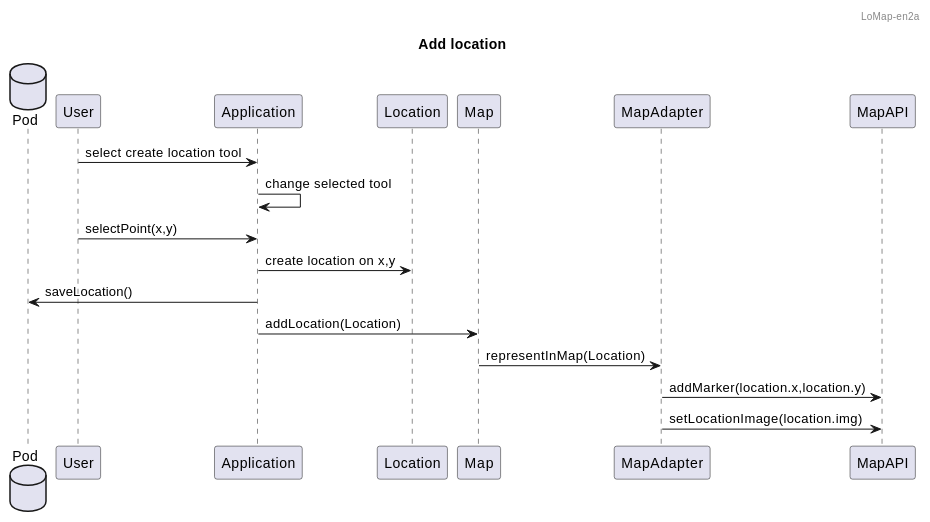
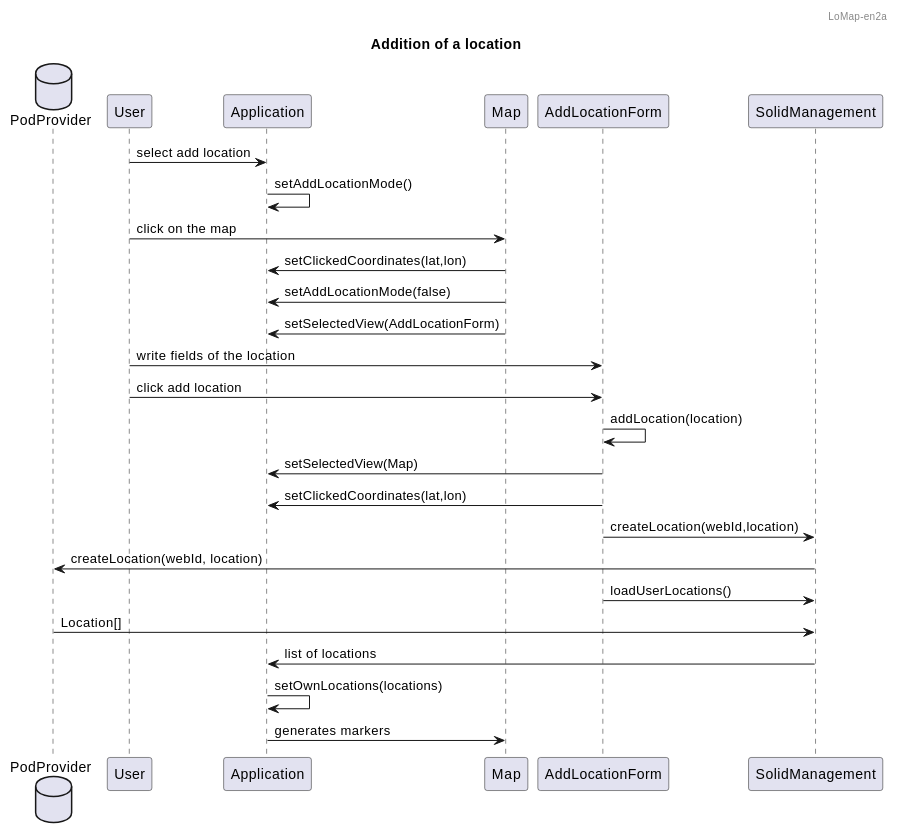
One commit to Arquisoft/lomap_en2a changed the second of 5 diagrams in docs/06_runtime_view.adoc. Above: the diagram before and after it, drawn with PlantUML. The commit also changed other lines of this file, not shown here.

Commit message:
Runtime view.

```diff
--- a/docs/06_runtime_view.adoc
+++ b/docs/06_runtime_view.adoc
@@ -34,22 +34,30 @@
 [plantuml,"Addition of a location",png]
 ----
 @startuml
 
 header LoMap-en2a
 
-title Add location
+title Addition of a location
 
-database Pod
+database PodProvider
 
-User -> Application : select create location tool
-Application -> Application : change selected tool
-User -> Application : selectPoint(x,y)
-Application -> Location : create location on x,y
-Application -> Pod : saveLocation()
-Application -> Map : addLocation(Location)
-Map -> MapAdapter :representInMap(Location)
-MapAdapter -> MapAPI : addMarker(location.x,location.y)
-MapAdapter -> MapAPI : setLocationImage(location.img)
-
+User -> Application: select add location
+Application -> Application: setAddLocationMode()
+User -> Map: click on the map
+Map -> Application: setClickedCoordinates(lat,lon)
+Map -> Application: setAddLocationMode(false)
+Map -> Application: setSelectedView(AddLocationForm)
+User -> AddLocationForm: write fields of the location
+User -> AddLocationForm: click add location
+AddLocationForm -> AddLocationForm: addLocation(location)
+AddLocationForm -> Application: setSelectedView(Map)
+AddLocationForm -> Application: setClickedCoordinates(lat,lon)
+AddLocationForm -> SolidManagement: createLocation(webId,location)
+SolidManagement -> PodProvider: createLocation(webId, location)
+AddLocationForm -> SolidManagement: loadUserLocations()
+PodProvider -> SolidManagement: Location[]
+SolidManagement -> Application: list of locations
+Application -> Application: setOwnLocations(locations)
+Application -> Map: generates markers
 @enduml
 ----
```
